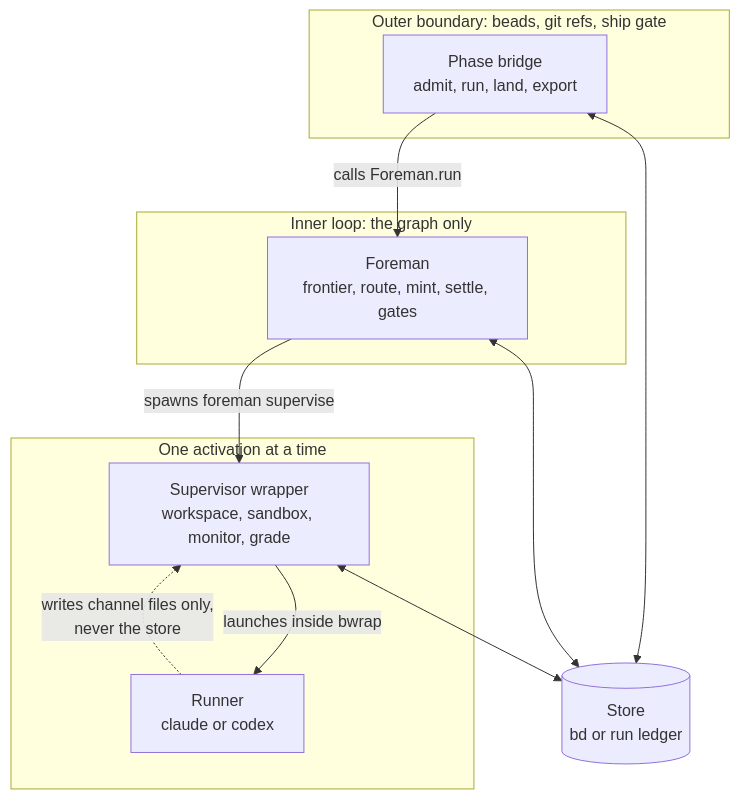
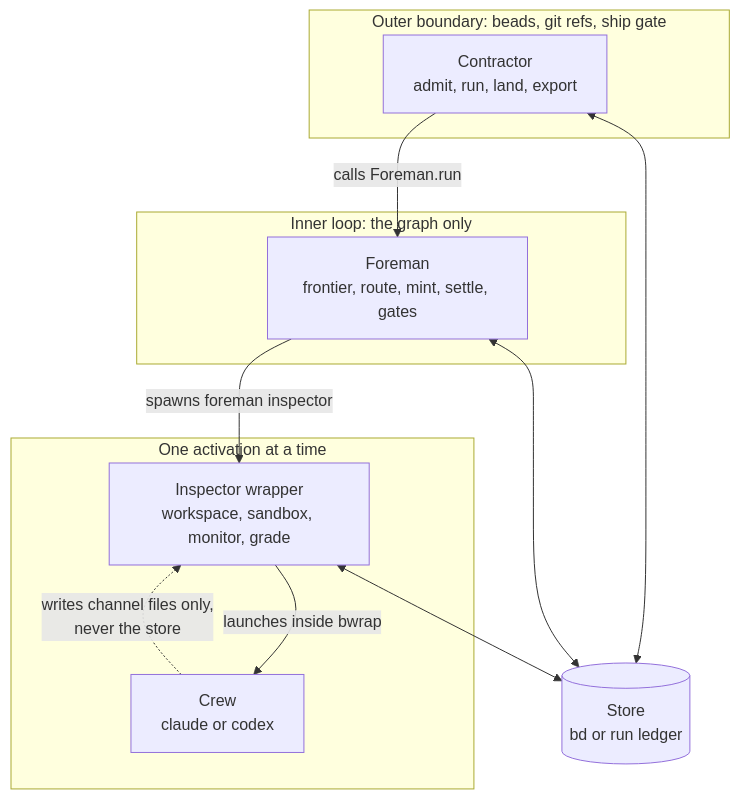
Before and after one commit to MVPavan/coding-ritual: the first of 46 diagrams in docs/workflow-interpreter-guide/diagrams.md, drawn with Mermaid. The commit also changed other lines of this file and 361 other files, not shown here.

````diff
--- a/docs/workflow-interpreter-guide/diagrams.md
+++ b/docs/workflow-interpreter-guide/diagrams.md
@@ -72,22 +72,22 @@
 ```mermaid
 flowchart TB
   subgraph OUT["Outer boundary: beads, git refs, ship gate"]
-    B["Phase bridge<br/>admit, run, land, export"]
+    B["Contractor<br/>admit, run, land, export"]
   end
   subgraph MID["Inner loop: the graph only"]
     F["Foreman<br/>frontier, route, mint, settle, gates"]
   end
   subgraph EXEC["One activation at a time"]
-    W["Supervisor wrapper<br/>workspace, sandbox, monitor, grade"]
-    R["Runner<br/>claude or codex"]
+    W["Inspector wrapper<br/>workspace, sandbox, monitor, grade"]
+    R["Crew<br/>claude or codex"]
   end
   S[("Store<br/>bd or run ledger")]
 
   B -->|"calls Foreman.run"| F
-  F -->|"spawns foreman supervise"| W
+  F -->|"spawns foreman inspector"| W
   W -->|"launches inside bwrap"| R
   B <--> S
   F <--> S
   W <--> S
   R -.->|"writes channel files only,<br/>never the store"| W
 ```
````
